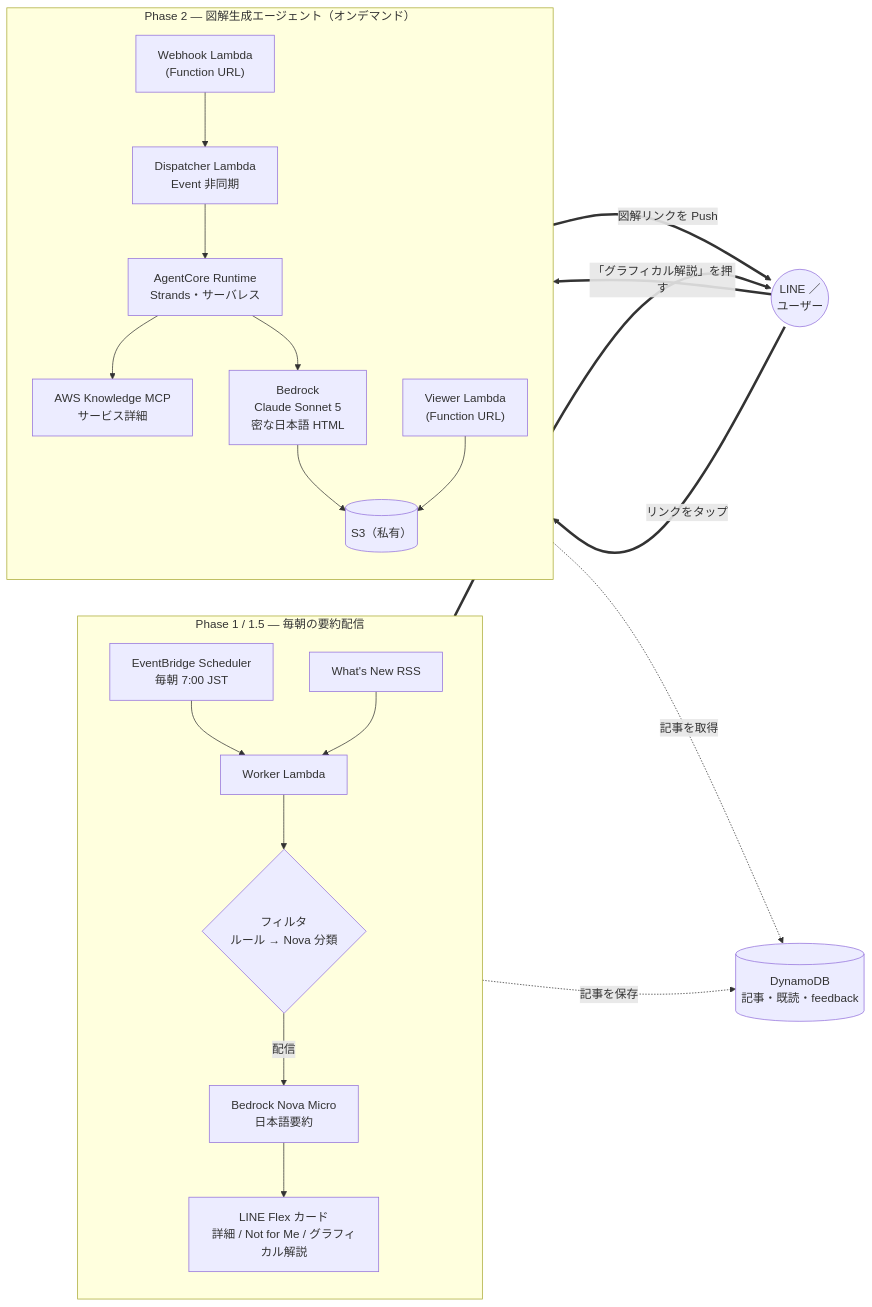
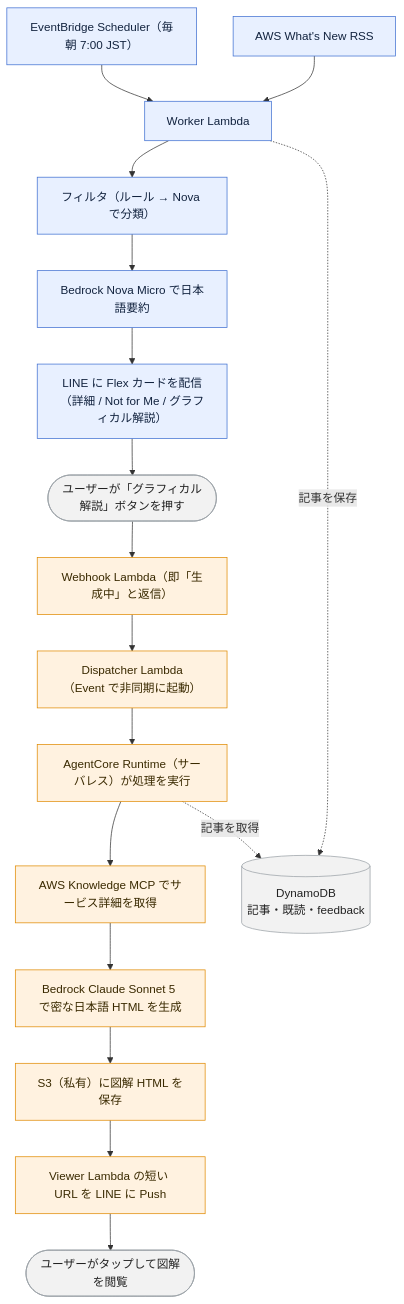
The diagram in README.md (tetutetu214/aws-whatsnew-agent), drawn with Mermaid before and after one commit. The commit also changed other lines of this file, not shown here.

Commit message:
docs(readme): 構成図を上から下の一本フローに刷新（色分け:青=Phase1/橙=Phase2、枠なしで線を隠さない）

````diff
--- a/README.md
+++ b/README.md
@@ -14,31 +14,28 @@
 ```mermaid
-flowchart LR
-  subgraph P1["Phase 1 / 1.5 ― 毎朝の要約配信"]
-    direction TB
-    SCH["EventBridge Scheduler<br/>毎朝 7:00 JST"] --> W["Worker Lambda"]
-    RSS["What's New RSS"] --> W
-    W --> FIL{"フィルタ<br/>ルール → Nova 分類"}
-    FIL -->|配信| SUM["Bedrock Nova Micro<br/>日本語要約"]
-    SUM --> CARD["LINE Flex カード<br/>詳細 / Not for Me / グラフィカル解説"]
-  end
+flowchart TD
+  SCH["EventBridge Scheduler（毎朝 7:00 JST）"] --> W["Worker Lambda"]
+  RSS["AWS What's New RSS"] --> W
+  W --> FIL["フィルタ（ルール → Nova で分類）"]
+  FIL --> SUM["Bedrock Nova Micro で日本語要約"]
+  SUM --> CARD["LINE に Flex カードを配信<br/>（詳細 / Not for Me / グラフィカル解説）"]
+  CARD --> TAP(["ユーザーが「グラフィカル解説」ボタンを押す"])
+  TAP --> WH["Webhook Lambda（即「生成中」と返信）"]
+  WH --> DIS["Dispatcher Lambda（Event で非同期に起動）"]
+  DIS --> AC["AgentCore Runtime（サーバレス）が処理を実行"]
+  AC --> MCP["AWS Knowledge MCP でサービス詳細を取得"]
+  MCP --> GEN["Bedrock Claude Sonnet 5 で密な日本語 HTML を生成"]
+  GEN --> S3["S3（私有）に図解 HTML を保存"]
+  S3 --> PUSH["Viewer Lambda の短い URL を LINE に Push"]
+  PUSH --> DONE(["ユーザーがタップして図解を閲覧"])
 
-  LINE(("LINE ／<br/>ユーザー"))
-  DDB[("DynamoDB<br/>記事・既読・feedback")]
+  DB[("DynamoDB<br/>記事・既読・feedback")]
+  W -. 記事を保存 .-> DB
+  AC -. 記事を取得 .-> DB
 
-  subgraph P2["Phase 2 ― 図解生成エージェント（オンデマンド）"]
-    direction TB
-    WH["Webhook Lambda<br/>(Function URL)"] --> DIS["Dispatcher Lambda<br/>Event 非同期"]
-    DIS --> AC["AgentCore Runtime<br/>Strands・サーバレス"]
-    AC --> MCP["AWS Knowledge MCP<br/>サービス詳細"]
-    AC --> CLA["Bedrock<br/>Claude Sonnet 5<br/>密な日本語 HTML"]
-    CLA --> S3[("S3（私有）")]
-    VIEW["Viewer Lambda<br/>(Function URL)"] --> S3
-  end
-
-  CARD ==> LINE
-  LINE ==>|「グラフィカル解説」を押す| WH
-  AC ==>|図解リンクを Push| LINE
-  LINE ==>|リンクをタップ| VIEW
-  W -. 記事を保存 .-> DDB
-  AC -. 記事を取得 .-> DDB
+  classDef p1 fill:#e8f0ff,stroke:#3f6fd1,color:#12233f;
+  classDef p2 fill:#fff2e0,stroke:#e08a00,color:#3a2a00;
+  classDef ext fill:#f2f2f2,stroke:#9aa0a6,color:#222;
+  class SCH,RSS,W,FIL,SUM,CARD p1;
+  class WH,DIS,AC,MCP,GEN,S3,PUSH p2;
+  class TAP,DONE,DB ext;
 ```
````
